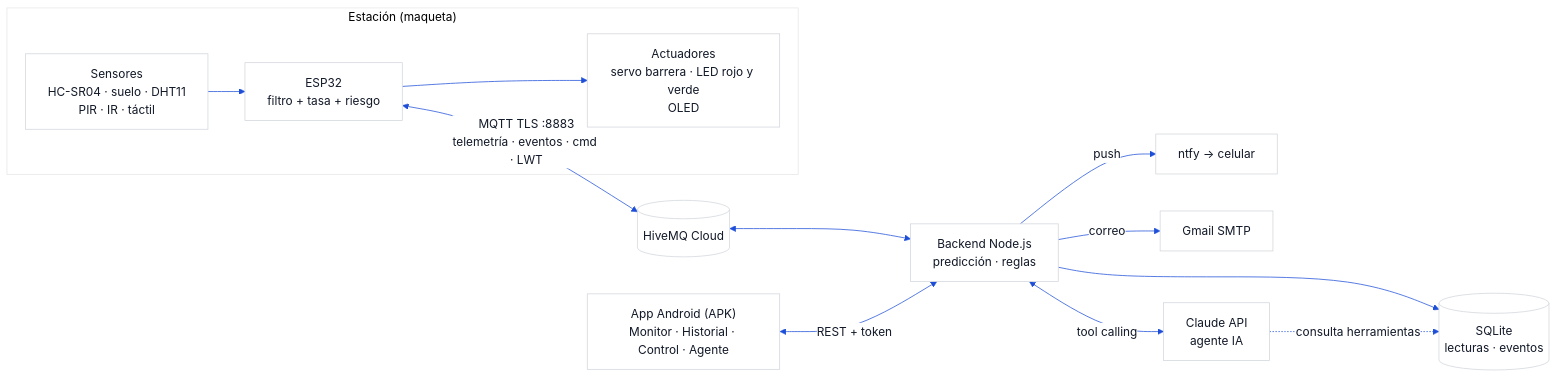
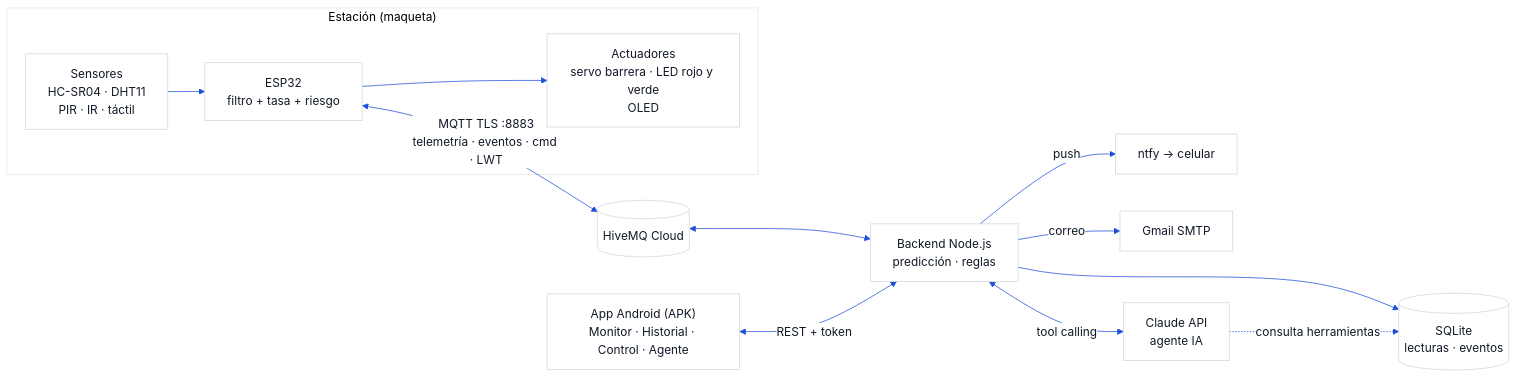
Before and after one commit to SantiagoRicaurte06/Proyecto-ESP32-IoT: the first of 2 diagrams in docs/02-fase2.md, drawn with Mermaid. The commit also changed other lines of this file and 10 other files, not shown here.

````diff
--- a/docs/02-fase2.md
+++ b/docs/02-fase2.md
@@ -50,16 +50,16 @@
 ```mermaid
 %%{init: {'theme':'base','themeVariables':{'primaryColor':'#FFFFFF','primaryBorderColor':'#D1D5DB','primaryTextColor':'#111827','lineColor':'#1D4ED8','fontFamily':'Inter, Arial','background':'#F3F4F6'}}}%%
 flowchart LR
   subgraph Estacion["Estación (maqueta)"]
-    S["Sensores<br/>HC-SR04 · suelo · DHT11<br/>PIR · IR · táctil"] --> E["ESP32<br/>filtro + tasa + riesgo"]
+    S["Sensores<br/>HC-SR04 · DHT11<br/>PIR · IR · táctil"] --> E["ESP32<br/>filtro + tasa + riesgo"]
     E --> A["Actuadores<br/>servo barrera · LED rojo y verde<br/>OLED"]
   end
   E <-->|"MQTT TLS :8883<br/>telemetría · eventos · cmd · LWT"| B[("HiveMQ Cloud")]
   B <--> K["Backend Node.js<br/>predicción · reglas"]
   K --> D[("SQLite<br/>lecturas · eventos")]
   K -->|"push"| N1["ntfy → celular"]
   K -->|"correo"| N2["Gmail SMTP"]
   APP["App Android (APK)<br/>Monitor · Historial · Control · Agente"] <-->|"REST + token"| K
   K <-->|"tool calling"| IA["Claude API<br/>agente IA"]
   IA -.->|"consulta herramientas"| D
 ```
````
